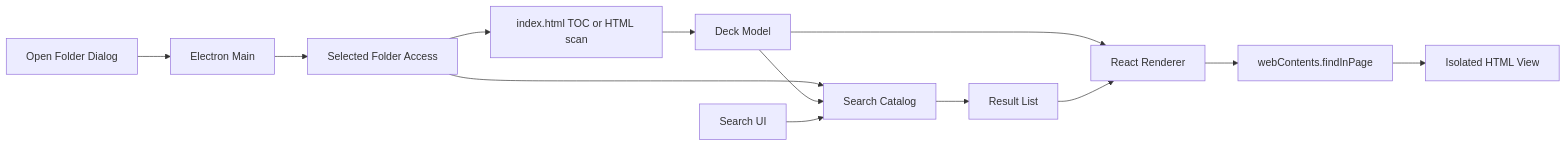
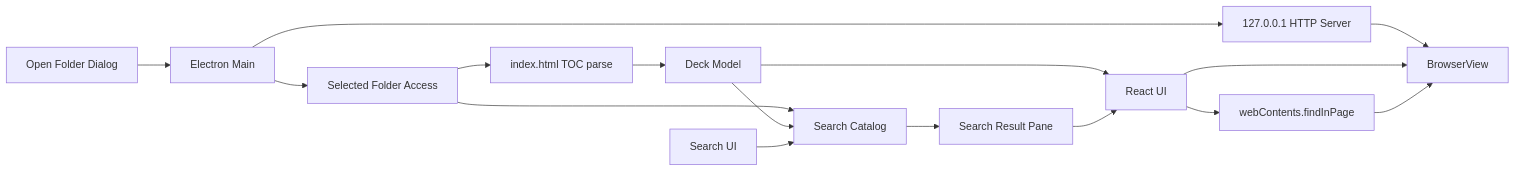
The diagram in PLAN.md (k-s-h-r/html-viewer), drawn with Mermaid before and after one commit. The commit also changed other lines of this file, not shown here.

````diff
--- a/PLAN.md
+++ b/PLAN.md
@@ -31,15 +18,18 @@
 ```mermaid
 flowchart LR
   Dialog["Open Folder Dialog"] --> MainProcess["Electron Main"]
+  MainProcess --> LocalServer["127.0.0.1 HTTP Server"]
   MainProcess --> FolderAccess["Selected Folder Access"]
-  FolderAccess --> TocHtml["index.html TOC or HTML scan"]
+  FolderAccess --> TocHtml["index.html TOC parse"]
   TocHtml --> DeckModel["Deck Model"]
   FolderAccess --> SearchCatalog["Search Catalog"]
   DeckModel --> SearchCatalog
-  DeckModel --> Renderer["React Renderer"]
+  DeckModel --> Renderer["React UI"]
+  LocalServer --> BrowserView["BrowserView"]
+  Renderer --> BrowserView
   SearchBox["Search UI"] --> SearchCatalog
-  SearchCatalog --> ResultList["Result List"]
-  ResultList --> Renderer
+  SearchCatalog --> ResultPane["Search Result Pane"]
+  ResultPane --> Renderer
   Renderer --> FindInPage["webContents.findInPage"]
-  FindInPage --> Webview["Isolated HTML View"]
+  FindInPage --> BrowserView
 ```
````
